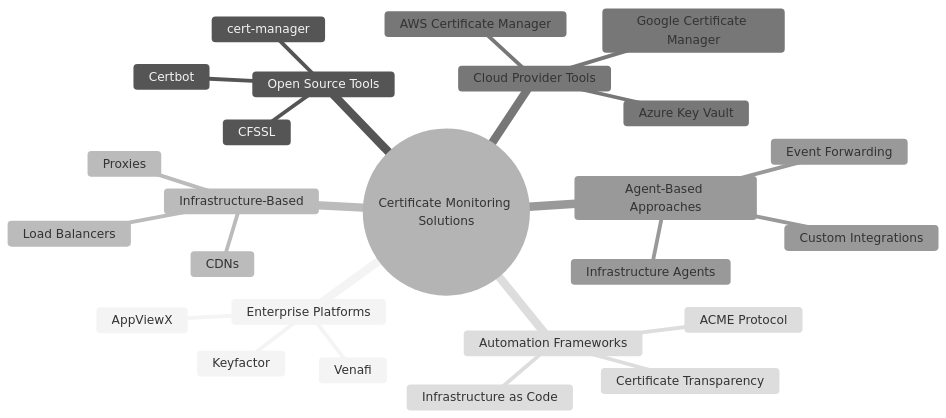
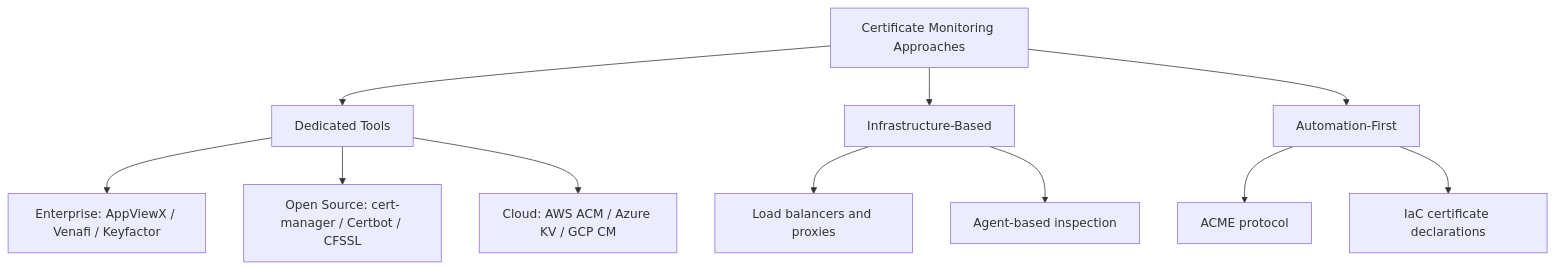
One commit to radra23/scryops-site changed the first of 3 diagrams in content/guides/certificate-monitoring.md. Above: the diagram before and after it, drawn with Mermaid. The commit also changed other lines of this file and 15 other files, not shown here.

```diff
--- a/content/guides/certificate-monitoring.md
+++ b/content/guides/certificate-monitoring.md
@@ -16,29 +16,13 @@
 {{< mermaid >}}
-%%{init: {'theme': 'neutral'}}%%
-mindmap
-  root((Certificate Monitoring Solutions))
-    Enterprise Platforms
-      AppViewX
-      Venafi
-      Keyfactor
-    Open Source Tools
-      cert-manager
-      Certbot
-      CFSSL
-    Infrastructure-Based
-      Load Balancers
-      Proxies
-      CDNs
-    Cloud Provider Tools
-      AWS Certificate Manager
-      Azure Key Vault
-      Google Certificate Manager
-    Agent-Based Approaches
-      Infrastructure Agents
-      Custom Integrations
-      Event Forwarding
-    Automation Frameworks
-      ACME Protocol
-      Certificate Transparency
-      Infrastructure as Code
+graph TD
+    A[Certificate Monitoring Approaches] --> B[Dedicated Tools]
+    A --> C[Infrastructure-Based]
+    A --> D[Automation-First]
+    B --> B1[Enterprise: AppViewX / Venafi / Keyfactor]
+    B --> B2[Open Source: cert-manager / Certbot / CFSSL]
+    B --> B3[Cloud: AWS ACM / Azure KV / GCP CM]
+    C --> C1[Load balancers and proxies]
+    C --> C2[Agent-based inspection]
+    D --> D1[ACME protocol]
+    D --> D2[IaC certificate declarations]
 {{< /mermaid >}}
```
